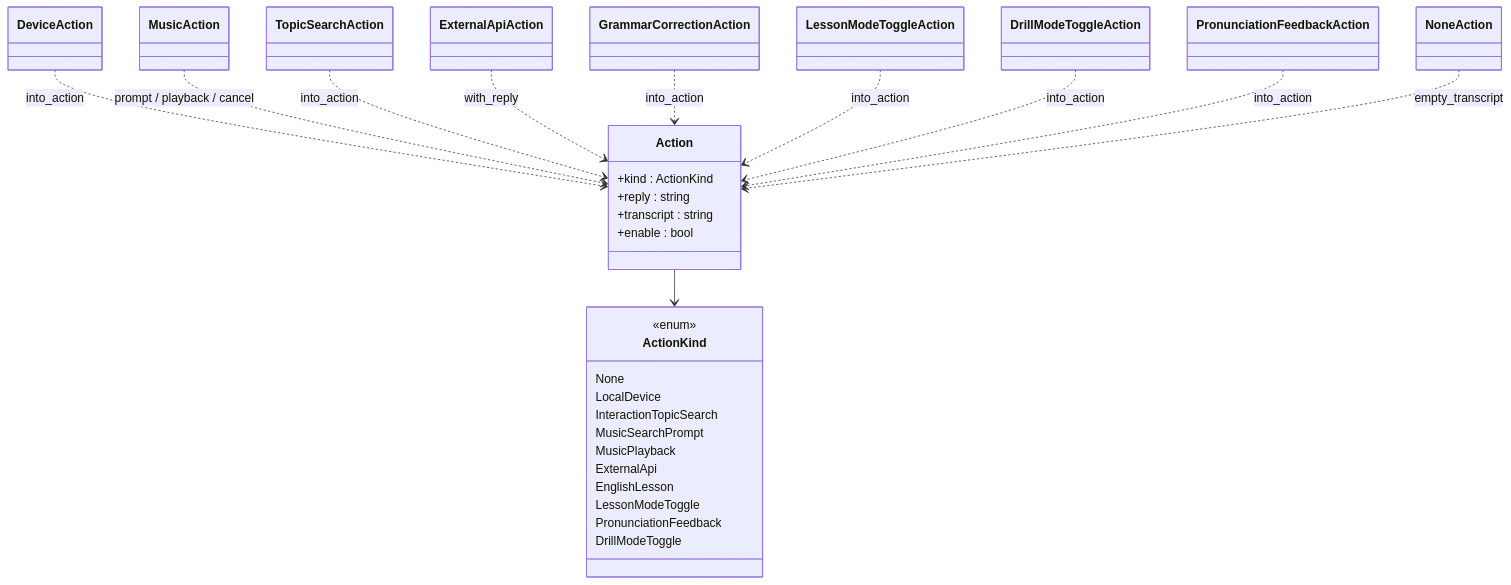
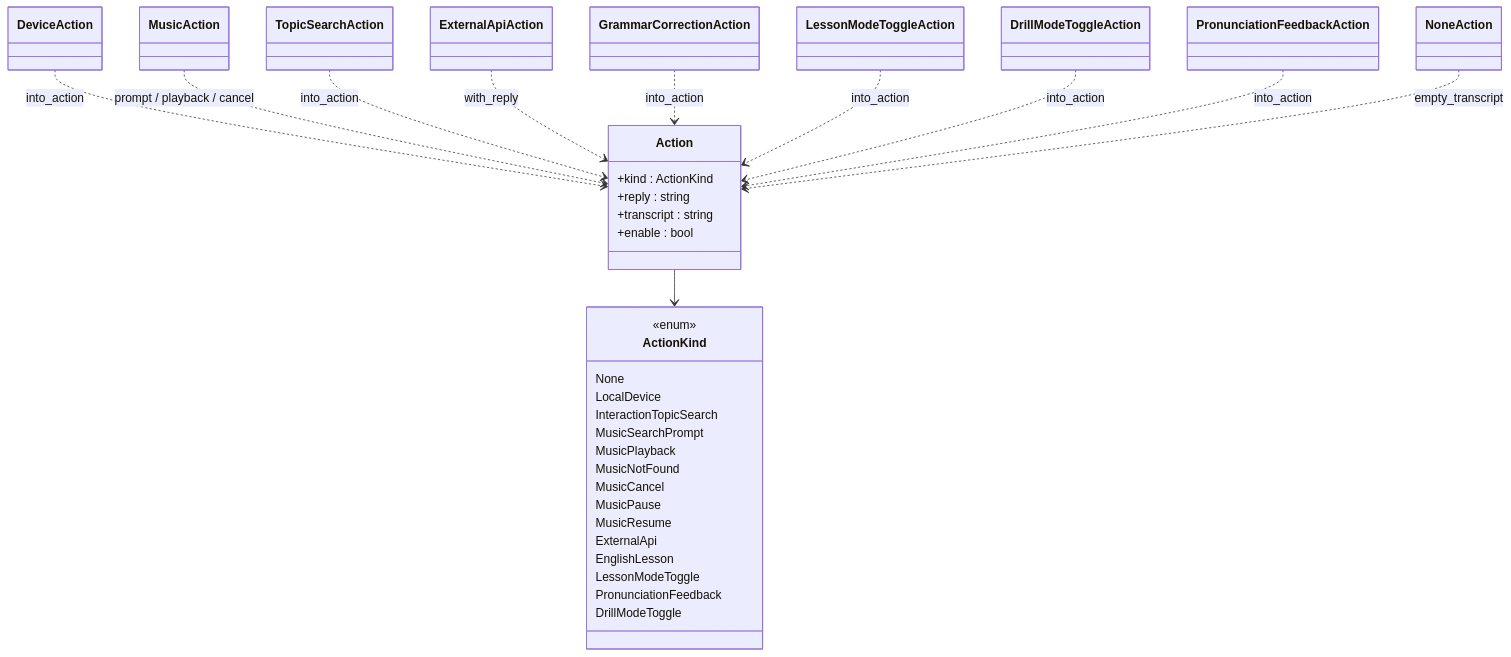
The diagram in sound/src/actions/README.md (vduckute1812/hecquin), drawn with Mermaid before and after one commit. The commit also changed other lines of this file and 111 other files, not shown here.

````diff
--- a/sound/src/actions/README.md
+++ b/sound/src/actions/README.md
@@ -53,42 +53,46 @@
 ```mermaid
 classDiagram
     class Action {
         +kind : ActionKind
         +reply : string
         +transcript : string
         +enable : bool
     }
     class ActionKind {
         <<enum>>
         None
         LocalDevice
         InteractionTopicSearch
         MusicSearchPrompt
         MusicPlayback
+        MusicNotFound
+        MusicCancel
+        MusicPause
+        MusicResume
         ExternalApi
         EnglishLesson
         LessonModeToggle
         PronunciationFeedback
         DrillModeToggle
     }
     class DeviceAction
     class MusicAction
     class TopicSearchAction
     class ExternalApiAction
     class GrammarCorrectionAction
     class LessonModeToggleAction
     class DrillModeToggleAction
     class PronunciationFeedbackAction
     class NoneAction
 
     Action --> ActionKind
     DeviceAction ..> Action : into_action
     MusicAction ..> Action : prompt / playback / cancel
     TopicSearchAction ..> Action : into_action
     ExternalApiAction ..> Action : with_reply
     GrammarCorrectionAction ..> Action : into_action
     LessonModeToggleAction ..> Action : into_action
     DrillModeToggleAction ..> Action : into_action
     PronunciationFeedbackAction ..> Action : into_action
     NoneAction ..> Action : empty_transcript
 ```
````
